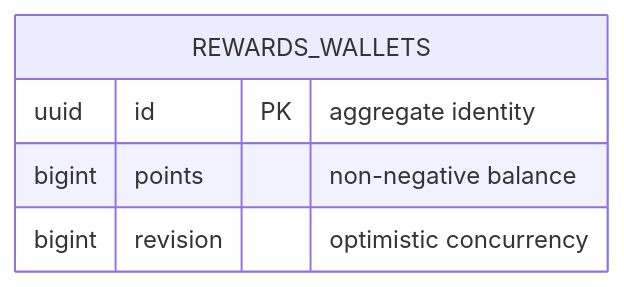
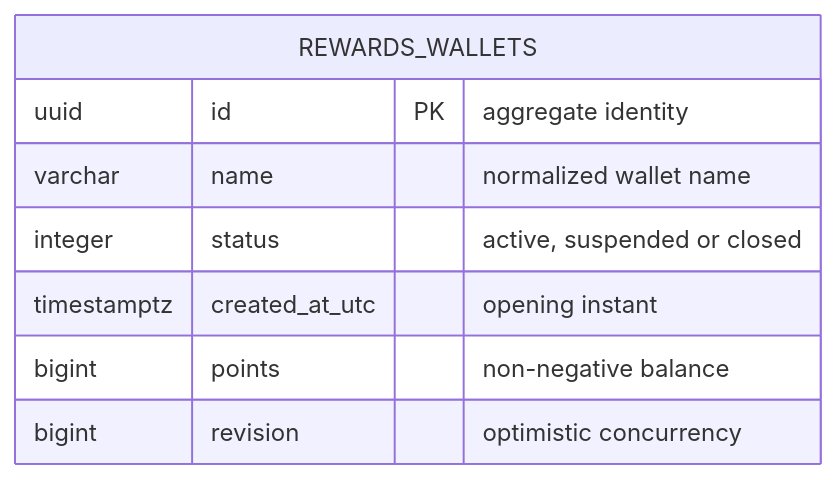
One commit to rfulgencio3/RewardFlow.SuppleDesign changed the fourth of 4 diagrams in README.md. Above: the diagram before and after it, drawn with Mermaid. The commit also changed other lines of this file and 30 other files, not shown here.

````diff
--- a/README.md
+++ b/README.md
@@ -498,8 +515,11 @@
 ```mermaid
 erDiagram
     REWARDS_WALLETS {
         uuid id PK "aggregate identity"
+        varchar name "normalized wallet name"
+        integer status "active, suspended or closed"
+        timestamptz created_at_utc "opening instant"
         bigint points "non-negative balance"
         bigint revision "optimistic concurrency"
     }
 ```
````
